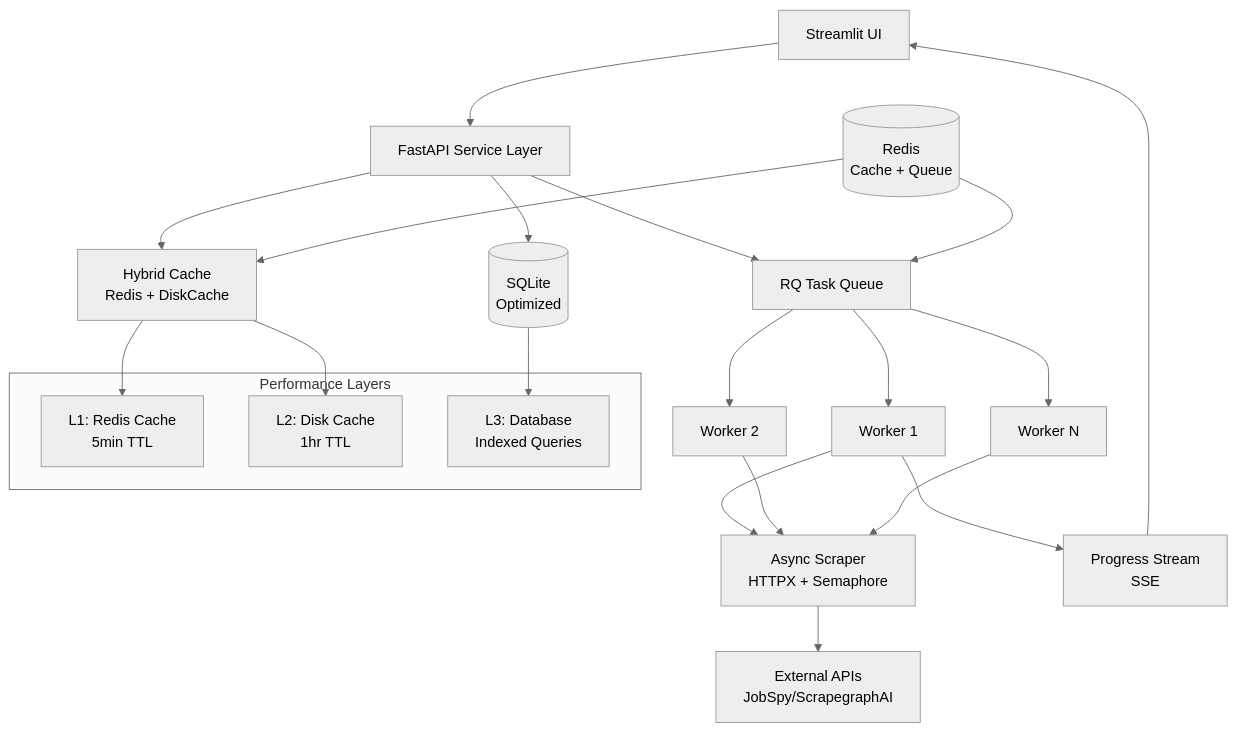
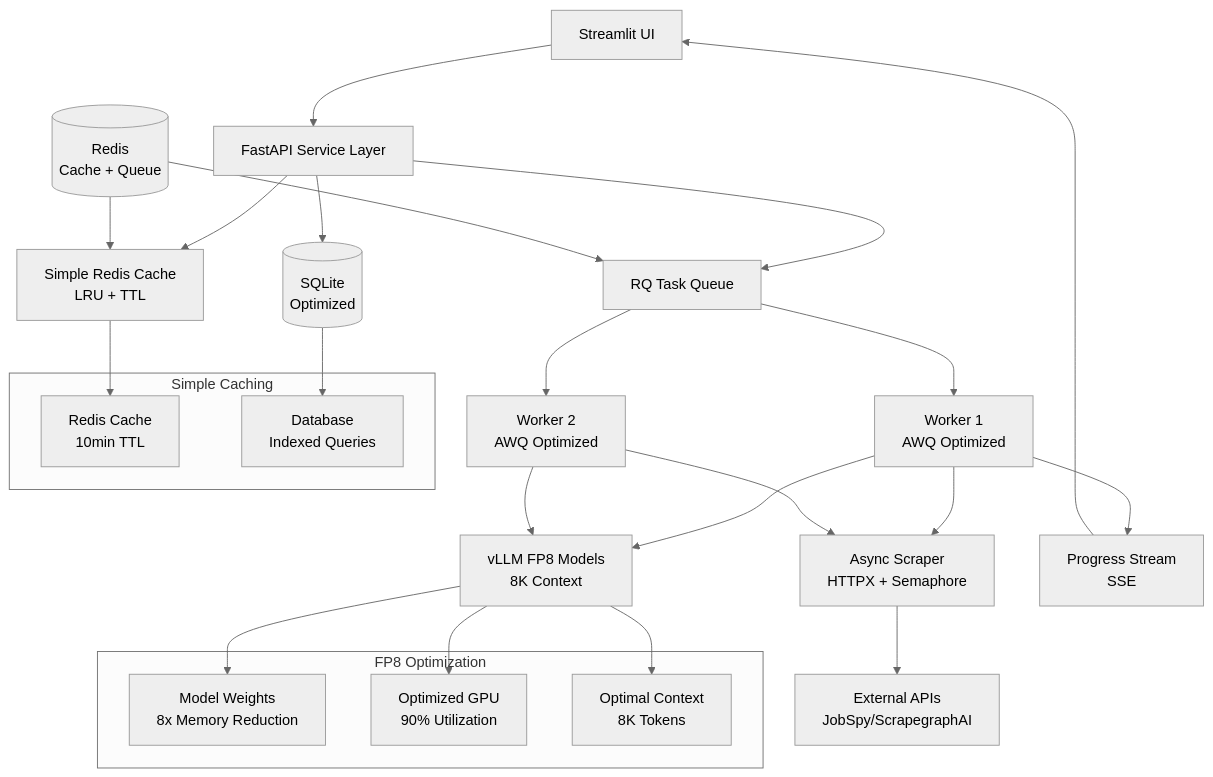
One commit to BjornMelin/ai-job-scraper changed the diagram in docs/adrs/ADR-025-performance-scale-strategy.md. Above: the diagram before and after it, drawn with Mermaid (neutral theme). The commit also changed other lines of this file and 11 other files, not shown here.

````diff
--- a/docs/adrs/ADR-025-performance-scale-strategy.md
+++ b/docs/adrs/ADR-025-performance-scale-strategy.md
@@ -92,33 +94,42 @@
 ```mermaid
 graph TB
     UI[Streamlit UI] --> API[FastAPI Service Layer]
-    API --> Cache[Hybrid Cache<br/>Redis + DiskCache]
+    API --> Cache[Simple Redis Cache<br/>LRU + TTL]
     API --> DB[(SQLite<br/>Optimized)]
     API --> Queue[RQ Task Queue]
     
-    Queue --> Worker1[Worker 1]
-    Queue --> Worker2[Worker 2] 
-    Queue --> WorkerN[Worker N]
+    Queue --> Worker1[Worker 1<br/>AWQ Optimized]
+    Queue --> Worker2[Worker 2<br/>AWQ Optimized] 
+    
+    Worker1 --> AIModels[vLLM FP8 Models<br/>8K Context]
+    Worker2 --> AIModels
     
     Worker1 --> Scraper[Async Scraper<br/>HTTPX + Semaphore]
     Worker2 --> Scraper
-    WorkerN --> Scraper
     
     Scraper --> External[External APIs<br/>JobSpy/ScrapegraphAI]
     
     Redis[(Redis<br/>Cache + Queue)] --> Cache
     Redis --> Queue
     
     Progress[Progress Stream<br/>SSE] --> UI
     Worker1 --> Progress
     
-    subgraph "Performance Layers"
-        L1[L1: Redis Cache<br/>5min TTL]
-        L2[L2: Disk Cache<br/>1hr TTL] 
-        L3[L3: Database<br/>Indexed Queries]
+    subgraph "Simple Caching"
+        L1[Redis Cache<br/>10min TTL]
+        L2[Database<br/>Indexed Queries]
     end
     
     Cache --> L1
-    Cache --> L2
-    DB --> L3
+    DB --> L2
+    
+    subgraph "FP8 Optimization"
+        M1[Model Weights<br/>8x Memory Reduction]
+        M2[Optimized GPU<br/>90% Utilization]
+        M3[Optimal Context<br/>8K Tokens]
+    end
+    
+    AIModels --> M1
+    AIModels --> M2
+    AIModels --> M3
 ```
````
